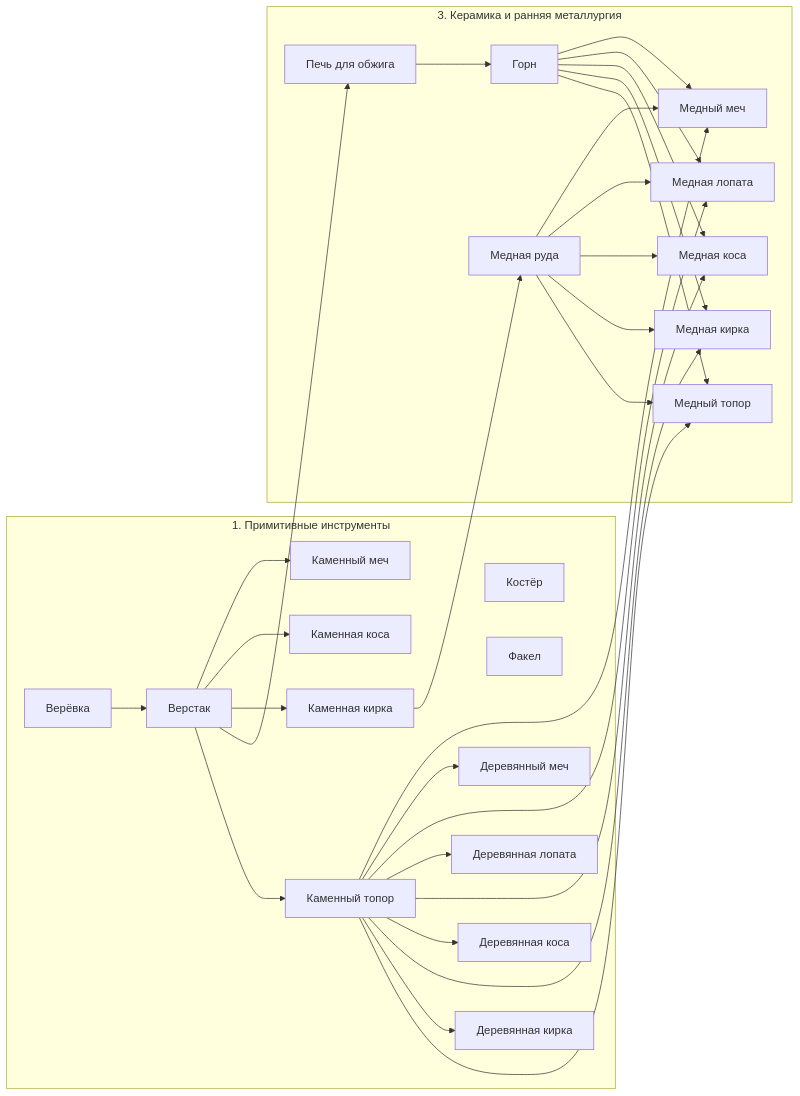
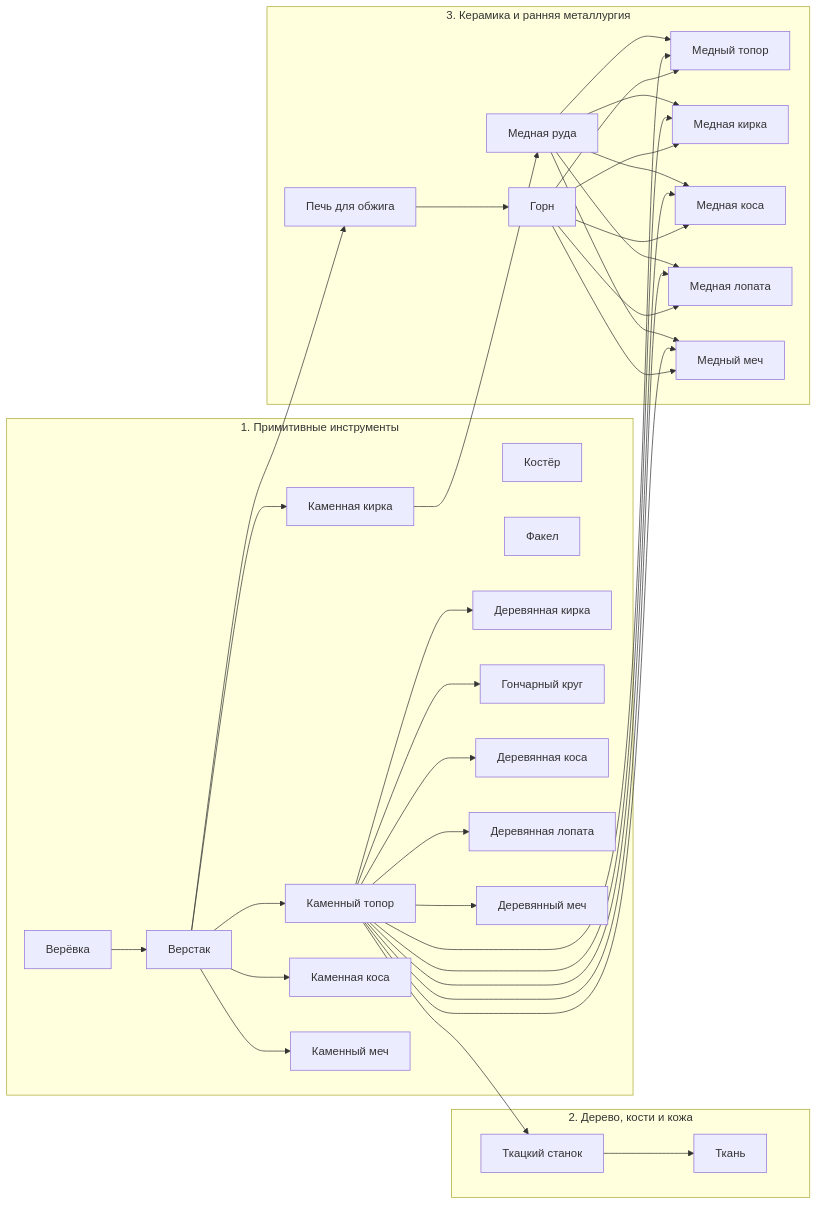
The first of 2 diagrams in docs/generated/content-graph.md (randomboygh/survivium), drawn with Mermaid before and after one commit. The commit also changed other lines of this file and 70 other files, not shown here.

````diff
--- a/docs/generated/content-graph.md
+++ b/docs/generated/content-graph.md
@@ -273,54 +304,62 @@
 ```mermaid
 flowchart LR
   subgraph e1["1. Примитивные инструменты"]
     b0["Костёр"]
-    b2["Верёвка"]
-    b3["Факел"]
-    b4["Верстак"]
-    b5["Каменный топор"]
-    b9["Каменная кирка"]
-    b10["Деревянная кирка"]
-    b12["Каменная коса"]
-    b13["Деревянная коса"]
-    b15["Деревянная лопата"]
-    b17["Деревянный меч"]
-    b18["Каменный меч"]
+    b3["Верёвка"]
+    b4["Факел"]
+    b5["Верстак"]
+    b6["Каменный топор"]
+    b11["Каменная кирка"]
+    b12["Деревянная кирка"]
+    b14["Гончарный круг"]
+    b15["Каменная коса"]
+    b16["Деревянная коса"]
+    b18["Деревянная лопата"]
+    b20["Деревянный меч"]
+    b21["Каменный меч"]
+  end
+  subgraph e2["2. Дерево, кости и кожа"]
+    b1["Ткань"]
+    b10["Ткацкий станок"]
   end
   subgraph e3["3. Керамика и ранняя металлургия"]
-    b1["Медная руда"]
-    b6["Медный топор"]
-    b7["Горн"]
-    b8["Печь для обжига"]
-    b11["Медная кирка"]
-    b14["Медная коса"]
-    b16["Медная лопата"]
-    b19["Медный меч"]
+    b2["Медная руда"]
+    b7["Медный топор"]
+    b8["Горн"]
+    b9["Печь для обжига"]
+    b13["Медная кирка"]
+    b17["Медная коса"]
+    b19["Медная лопата"]
+    b22["Медный меч"]
   end
-  b9 --> b1
-  b2 --> b4
-  b4 --> b5
-  b1 --> b6
+  b10 --> b1
+  b11 --> b2
+  b3 --> b5
   b5 --> b6
-  b7 --> b6
+  b2 --> b7
+  b6 --> b7
   b8 --> b7
-  b4 --> b8
-  b4 --> b9
-  b5 --> b10
-  b1 --> b11
+  b9 --> b8
+  b5 --> b9
+  b6 --> b10
   b5 --> b11
-  b7 --> b11
-  b4 --> b12
-  b5 --> b13
-  b1 --> b14
-  b5 --> b14
-  b7 --> b14
+  b6 --> b12
+  b2 --> b13
+  b6 --> b13
+  b8 --> b13
+  b6 --> b14
   b5 --> b15
-  b1 --> b16
-  b5 --> b16
-  b7 --> b16
-  b5 --> b17
-  b4 --> b18
-  b1 --> b19
-  b5 --> b19
-  b7 --> b19
+  b6 --> b16
+  b2 --> b17
+  b6 --> b17
+  b8 --> b17
+  b6 --> b18
+  b2 --> b19
+  b6 --> b19
+  b8 --> b19
+  b6 --> b20
+  b5 --> b21
+  b2 --> b22
+  b6 --> b22
+  b8 --> b22
 ```
````
